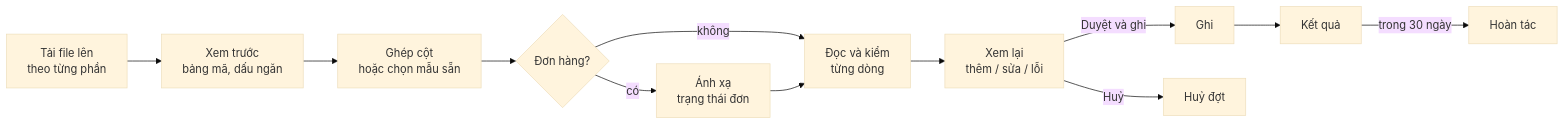
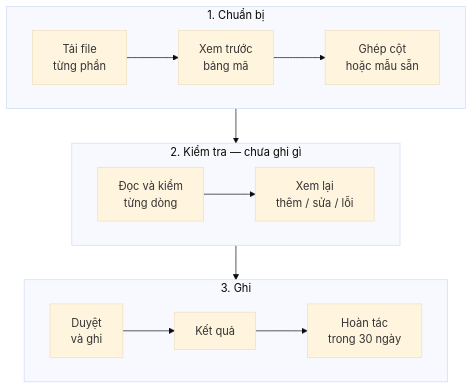
The diagram in readme_vi.md (gp247-plugin/DataImport), drawn with Mermaid (base theme) before and after one commit. The commit also changed other lines of this file and 2 other files, not shown here.

````diff
--- a/readme_vi.md
+++ b/readme_vi.md
@@ -29,14 +14,16 @@
 ```mermaid
-flowchart LR
-    A[Tải file lên<br/>theo từng phần] --> B[Xem trước<br/>bảng mã, dấu ngăn]
-    B --> C[Ghép cột<br/>hoặc chọn mẫu sẵn]
-    C --> D{Đơn hàng?}
-    D -- có --> E[Ánh xạ<br/>trạng thái đơn]
-    D -- không --> F[Đọc và kiểm<br/>từng dòng]
-    E --> F
-    F --> G[Xem lại<br/>thêm / sửa / lỗi]
-    G -- Duyệt và ghi --> H[Ghi]
-    G -- Huỷ --> X[Huỷ đợt]
-    H --> I[Kết quả]
-    I -- trong 30 ngày --> U[Hoàn tác]
+flowchart TB
+    subgraph S1["1. Chuẩn bị"]
+        direction LR
+        A["Tải file<br/>từng phần"] --> B["Xem trước<br/>bảng mã"] --> C["Ghép cột<br/>hoặc mẫu sẵn"]
+    end
+    subgraph S2["2. Kiểm tra — chưa ghi gì"]
+        direction LR
+        D["Đọc và kiểm<br/>từng dòng"] --> E["Xem lại<br/>thêm / sửa / lỗi"]
+    end
+    subgraph S3["3. Ghi"]
+        direction LR
+        F["Duyệt<br/>và ghi"] --> G["Kết quả"] --> H["Hoàn tác<br/>trong 30 ngày"]
+    end
+    S1 --> S2 --> S3
 ```
````
